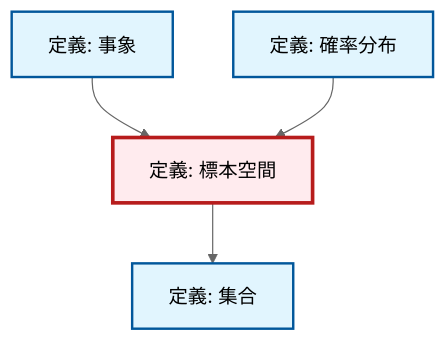
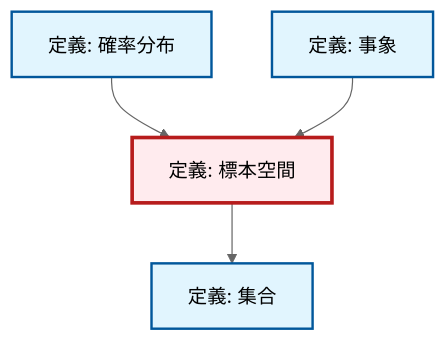
The diagram in content/ja/probability-statistics/def-sample-space.qmd (RK0429/ModernMath), drawn with Mermaid (neutral theme) before and after one commit. The commit also changed other lines of this file and 1012 other files, not shown here.

````diff
--- a/content/ja/probability-statistics/def-sample-space.qmd
+++ b/content/ja/probability-statistics/def-sample-space.qmd
@@ -58,20 +58,20 @@
 ```{mermaid}
 %%| fig-cap: "Local dependency graph"
 graph TD
     classDef definition fill:#e1f5fe,stroke:#01579b,stroke-width:2px
     classDef theorem fill:#f3e5f5,stroke:#4a148c,stroke-width:2px
     classDef axiom fill:#fff3e0,stroke:#e65100,stroke-width:2px
     classDef example fill:#e8f5e9,stroke:#1b5e20,stroke-width:2px
     classDef current fill:#ffebee,stroke:#b71c1c,stroke-width:3px
     def-sample-space["定義: 標本空間"]:::definition
+    def-probability-distribution["定義: 確率分布"]:::definition
+    def-event["定義: 事象"]:::definition
     def-set["定義: 集合"]:::definition
-    def-event["定義: 事象"]:::definition
-    def-probability-distribution["定義: 確率分布"]:::definition
+    def-sample-space --> def-set
+    def-probability-distribution --> def-sample-space
     def-event --> def-sample-space
-    def-probability-distribution --> def-sample-space
-    def-sample-space --> def-set
     class def-sample-space current
+    click def-probability-distribution "def-probability-distribution.html" "確率分布の定義へ"
+    click def-event "def-event.html" "事象の定義へ"
     click def-set "def-set.html" "集合の定義へ"
-    click def-event "def-event.html" "事象の定義へ"
-    click def-probability-distribution "def-probability-distribution.html" "確率分布の定義へ"
 ```
````
